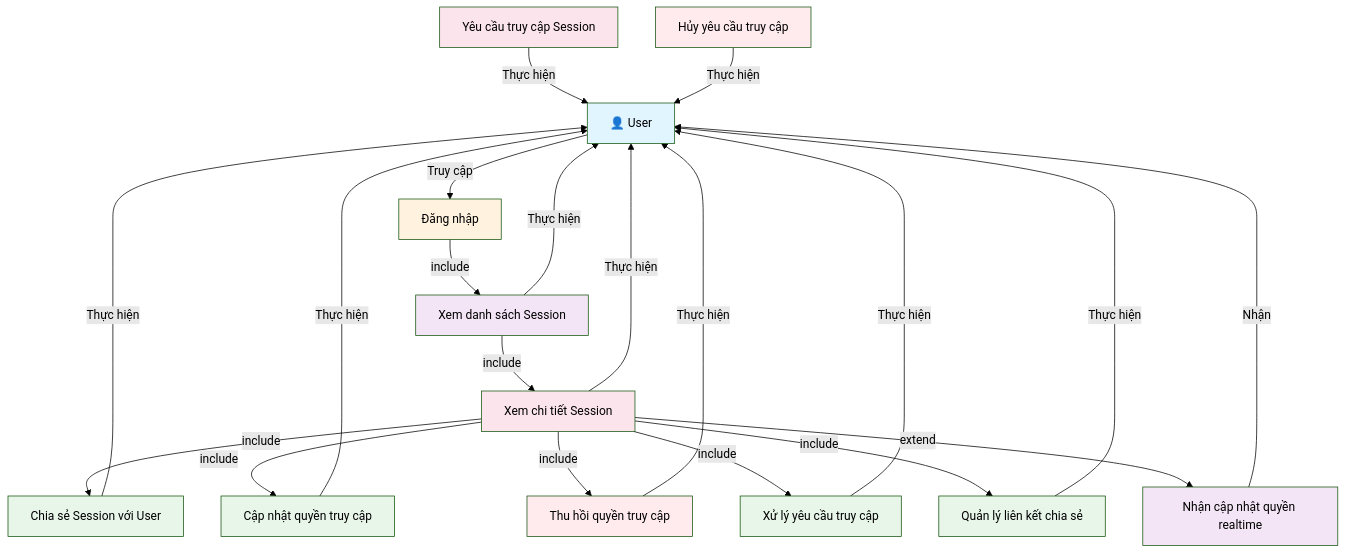
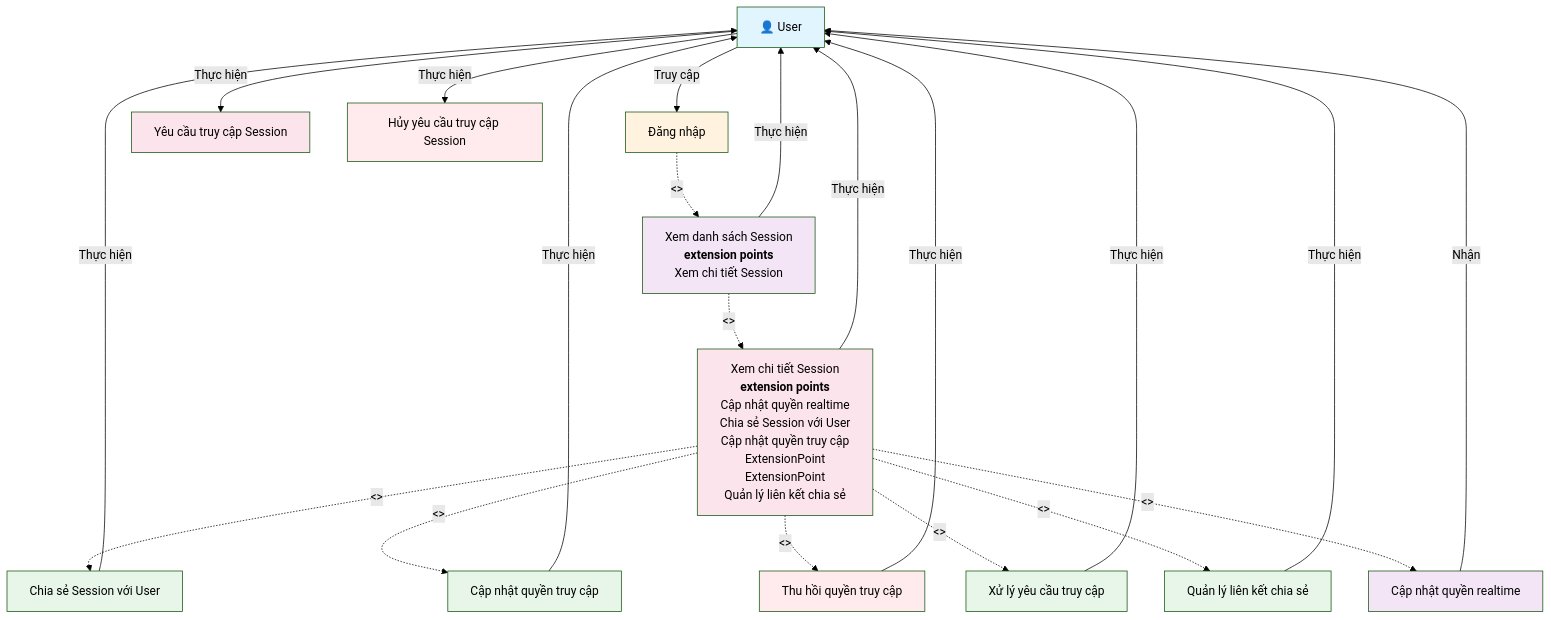
The diagram in session_access/1_session_access_usecase.md (mduc-2610/gp_doc), drawn with Mermaid (forest theme) before and after one commit. The commit also changed other lines of this file and 11 other files, not shown here.

````diff
--- a/session_access/1_session_access_usecase.md
+++ b/session_access/1_session_access_usecase.md
@@ -3,61 +3,59 @@
 ```mermaid
 graph TB
     User["👤 User"]
     
     Login["Đăng nhập"]
-    ListSessions["Xem danh sách Session"]
-    ViewSessionDetail["Xem chi tiết Session"]
+    ListSessions["Xem danh sách Session<br/><b>extension points</b><br/>Xem chi tiết Session"]
+    ViewSessionDetail["Xem chi tiết Session<br/><b>extension points</b><br/>Cập nhật quyền realtime<br/>Chia sẻ Session với User<br/>Cập nhật quyền truy cập<br/>ExtensionPoint<br/>ExtensionPoint<br/>Quản lý liên kết chia sẻ"]
     
     ShareSession["Chia sẻ Session với User"]
     UpdatePermission["Cập nhật quyền truy cập"]
     RevokePermission["Thu hồi quyền truy cập"]
     HandleRequest["Xử lý yêu cầu truy cập"]
     ManageLink["Quản lý liên kết chia sẻ"]
+    ReceiveUpdate["Cập nhật quyền realtime"]
     
     RequestAccess["Yêu cầu truy cập Session"]
-    CancelRequest["Hủy yêu cầu truy cập"]
-    
-    ReceiveUpdate["Nhận cập nhật quyền realtime"]
+    CancelRequest["Hủy yêu cầu truy cập Session"]
     
     User -->|Truy cập| Login
-    Login -->|include| ListSessions
+    Login -.->|<<Include>>| ListSessions
     ListSessions -->|Thực hiện| User
     
-    ListSessions -->|include| ViewSessionDetail
+    ListSessions -.->|<<Extend>>| ViewSessionDetail
     ViewSessionDetail -->|Thực hiện| User
     
-    ViewSessionDetail -->|include| ShareSession
+    ViewSessionDetail -.->|<<Extend>>| ShareSession
     ShareSession -->|Thực hiện| User
     
-    ViewSessionDetail -->|include| UpdatePermission
+    ViewSessionDetail -.->|<<Extend>>| UpdatePermission
     UpdatePermission -->|Thực hiện| User
     
-    ViewSessionDetail -->|include| RevokePermission
+    ViewSessionDetail -.->|<<Extend>>| RevokePermission
     RevokePermission -->|Thực hiện| User
     
-    ViewSessionDetail -->|include| HandleRequest
+    ViewSessionDetail -.->|<<Extend>>| HandleRequest
     HandleRequest -->|Thực hiện| User
     
-    ViewSessionDetail -->|include| ManageLink
+    ViewSessionDetail -.->|<<Extend>>| ManageLink
     ManageLink -->|Thực hiện| User
     
-    RequestAccess -->|Thực hiện| User
+    ViewSessionDetail -.->|<<Extend>>| ReceiveUpdate
+    ReceiveUpdate -->|Nhận| User
     
-    CancelRequest -->|Thực hiện| User
-    
-    ViewSessionDetail -->|extend| ReceiveUpdate
-    ReceiveUpdate -->|Nhận| User
+    User -->|Thực hiện| RequestAccess
+    User -->|Thực hiện| CancelRequest
     
     style User fill:#e1f5ff
     style Login fill:#fff3e0
     style ListSessions fill:#f3e5f5
     style ViewSessionDetail fill:#fce4ec
     style ShareSession fill:#e8f5e9
     style UpdatePermission fill:#e8f5e9
     style RevokePermission fill:#ffebee
     style HandleRequest fill:#e8f5e9
     style ManageLink fill:#e8f5e9
     style RequestAccess fill:#fce4ec
     style CancelRequest fill:#ffebee
     style ReceiveUpdate fill:#f3e5f5
 ```
````
